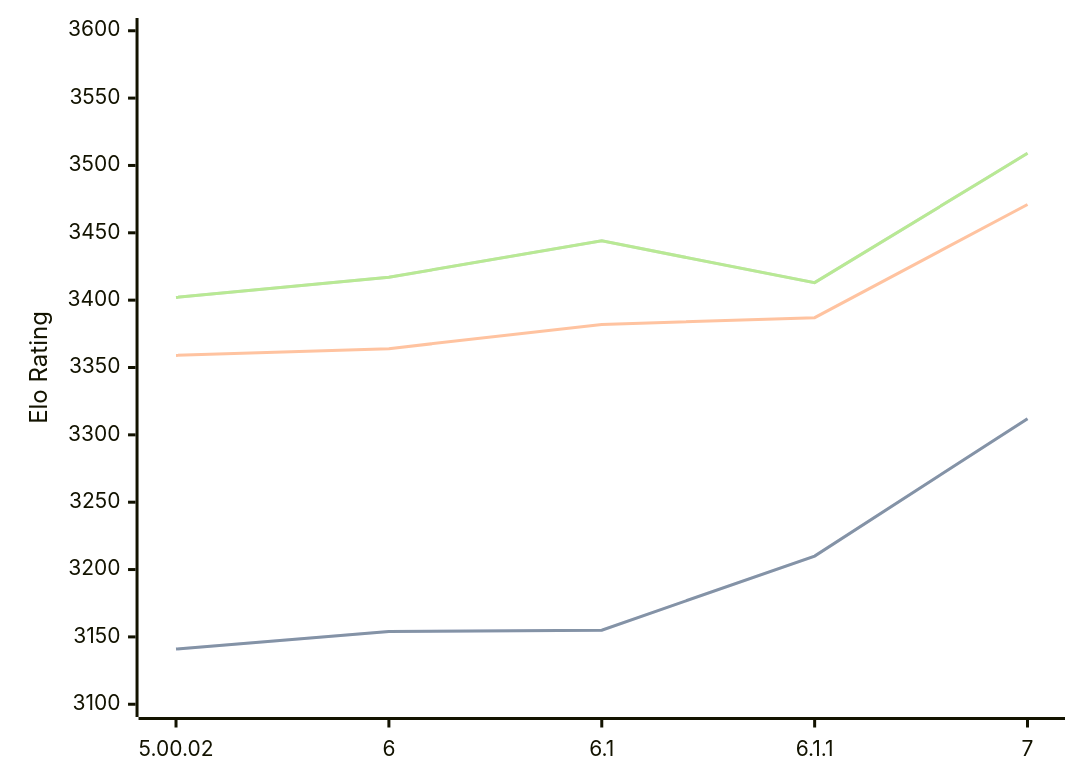
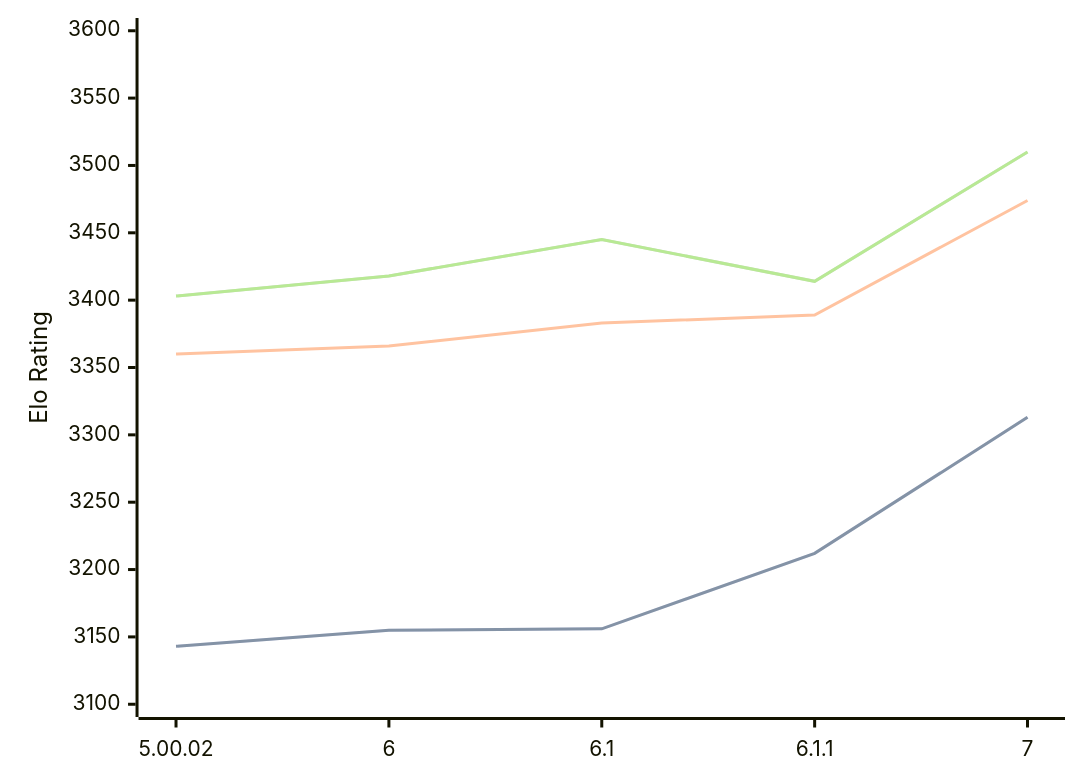
The diagram in engines/Zangdar.md (computer-chess-index/cci), drawn with Mermaid before and after one commit. The commit also changed other lines of this file, not shown here.

Commit message:
Update CCI Ratings (ELO VLTC) - 2026-10-09

````diff
--- a/engines/Zangdar.md
+++ b/engines/Zangdar.md
@@ -35,11 +35,11 @@
 ```mermaid
 %%{init: {"theme":"base","themeVariables":{"seriesColors:['#a3a3a3','#222221','#faa371']}}}%%
 xychart-beta
   x-axis ["5.00.02", "6", "6.1", "6.1.1", "7"]
   y-axis "Elo Rating" 3100 --> 3600
-  line "" [3141, 3154, 3155, 3210, 3312]
-  line "STC (8.0+0.08s)" [3141, 3154, 3155, 3210, 3312]
-  line "LTC (60.0+0.60s)" [3359, 3364, 3382, 3387, 3471]
-  line "" [3402, 3417, 3444, 3413, 3509]
-  line "VLTC (2m24s+1.12s)" [3402, 3417, 3444, 3413, 3509]
+  line "" [3143, 3155, 3156, 3212, 3313]
+  line "STC (8.0+0.08s)" [3143, 3155, 3156, 3212, 3313]
+  line "LTC (60.0+0.60s)" [3360, 3366, 3383, 3389, 3474]
+  line "" [3403, 3418, 3445, 3414, 3510]
+  line "VLTC (2m24s+1.12s)" [3403, 3418, 3445, 3414, 3510]
 ```
````
